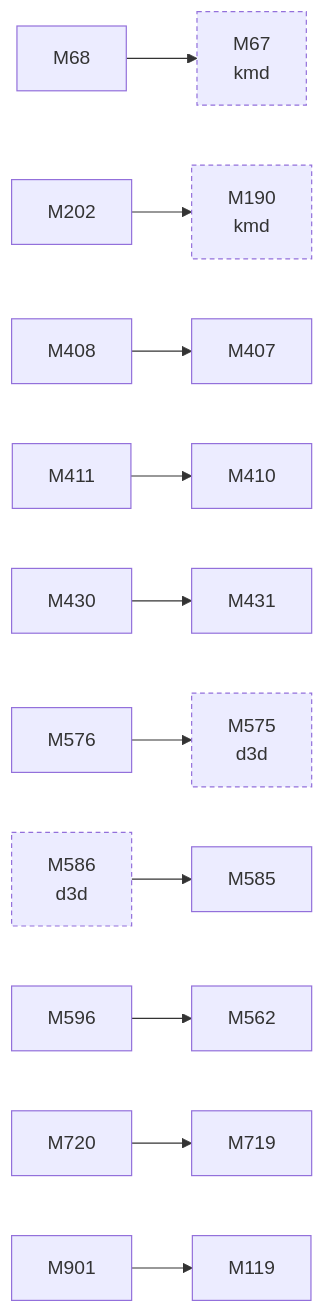
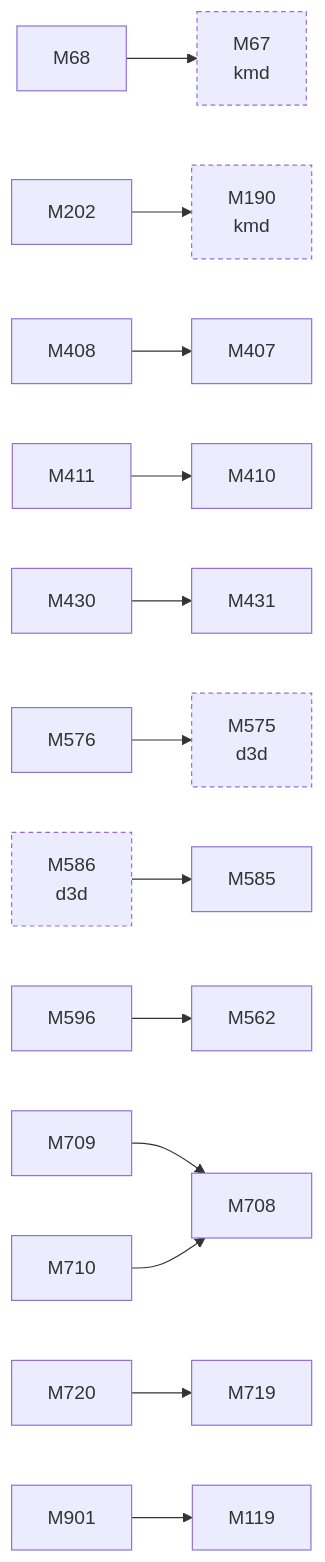
The third of 3 diagrams in docs/facts/graphs/display.md (D-Ogi/amdgpu-wddm), drawn with Mermaid before and after one commit. The commit also changed other lines of this file and 45 other files, not shown here.

````diff
--- a/docs/facts/graphs/display.md
+++ b/docs/facts/graphs/display.md
@@ -166,35 +169,40 @@
 ```mermaid
 flowchart LR
   M67["M67<br/>kmd"]
   M68["M68"]
   M119["M119"]
   M190["M190<br/>kmd"]
   M202["M202"]
   M407["M407"]
   M408["M408"]
   M410["M410"]
   M411["M411"]
   M430["M430"]
   M431["M431"]
   M562["M562"]
   M575["M575<br/>d3d"]
   M576["M576"]
   M585["M585"]
   M586["M586<br/>d3d"]
   M596["M596"]
+  M708["M708"]
+  M709["M709"]
+  M710["M710"]
   M719["M719"]
   M720["M720"]
   M901["M901"]
   M68 --> M67
   M202 --> M190
   M408 --> M407
   M411 --> M410
   M430 --> M431
   M576 --> M575
   M596 --> M562
+  M709 --> M708
+  M710 --> M708
   M720 --> M719
   M901 --> M119
   M586 --> M585
   classDef other stroke-dasharray:4 3
   class M67,M190,M575,M586 other
 ```
````
